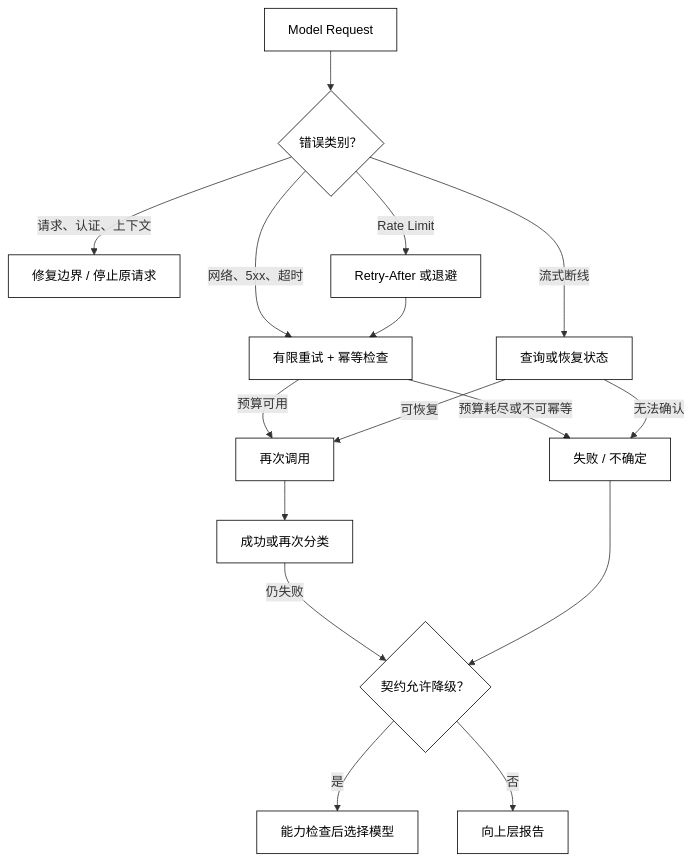
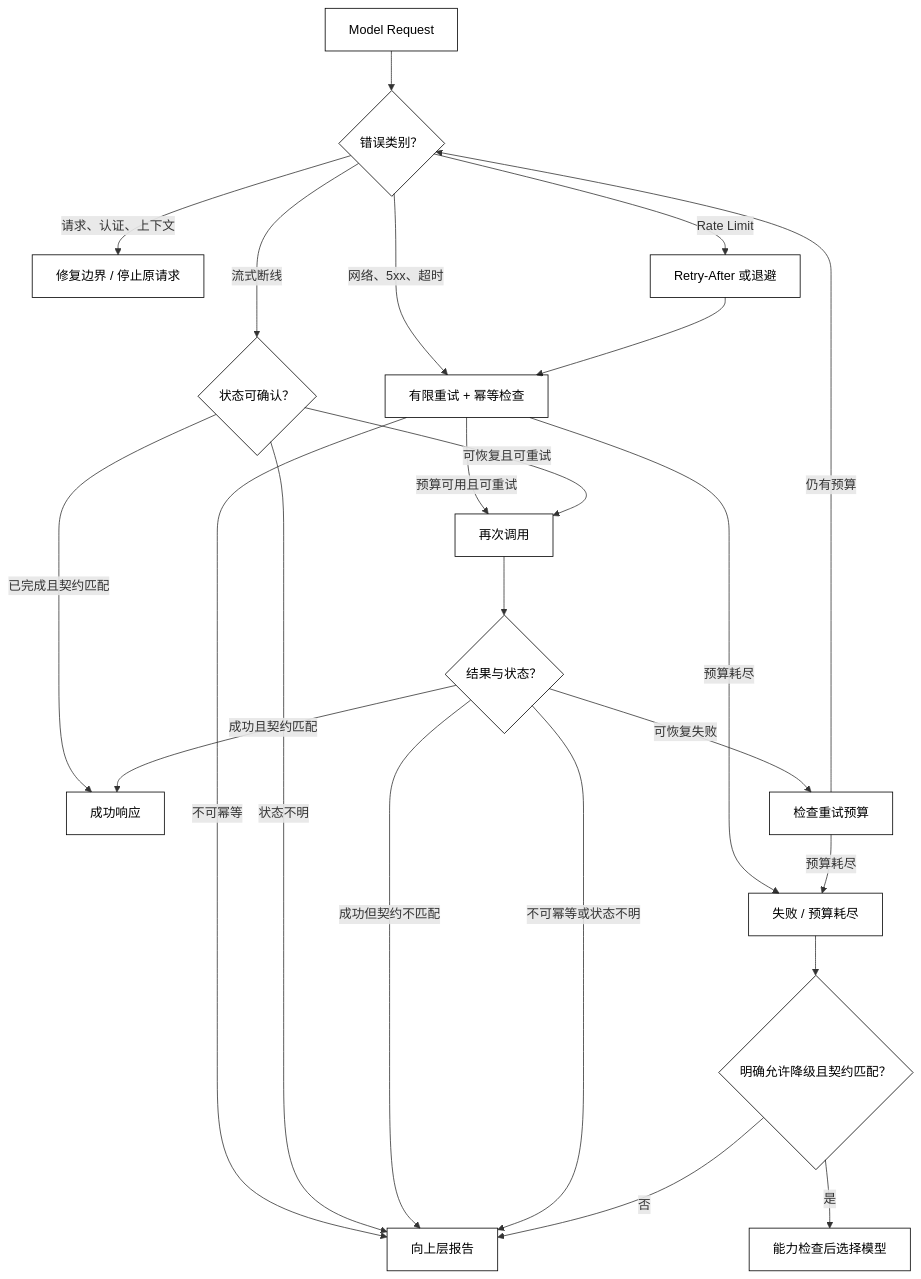
The diagram in docs/courses/agent/03-模型与消息/09-Rate-Limit-超时-重试与模型降级.md (clint-sfy/clintsfy.github.io), drawn with Mermaid before and after one commit. The commit also changed other lines of this file and 7 other files, not shown here.

Commit message:
fix(agent): refine course mermaid boundaries

````diff
--- a/docs/courses/agent/03-模型与消息/09-Rate-Limit-超时-重试与模型降级.md
+++ b/docs/courses/agent/03-模型与消息/09-Rate-Limit-超时-重试与模型降级.md
@@ -24,21 +24,28 @@
 ```mermaid
 flowchart TD
     Request["Model Request"] --> Failure{"错误类别？"}
     Failure -->|请求、认证、上下文| Fix["修复边界 / 停止原请求"]
     Failure -->|Rate Limit| Wait["Retry-After 或退避"]
     Failure -->|网络、5xx、超时| Retry["有限重试 + 幂等检查"]
     Wait --> Retry
-    Retry -->|预算可用| Attempt["再次调用"]
-    Retry -->|预算耗尽或不可幂等| Stop["失败 / 不确定"]
-    Failure -->|流式断线| Confirm["查询或恢复状态"]
-    Confirm -->|无法确认| Stop
-    Confirm -->|可恢复| Attempt
-    Attempt --> Result["成功或再次分类"]
-    Result -->|仍失败| Fallback
-    Stop --> Fallback{"契约允许降级？"}
-    Fallback -->|是| Select["能力检查后选择模型"]
-    Fallback -->|否| Report["向上层报告"]
+    Retry -->|预算可用且可重试| Attempt["再次调用"]
+    Retry -->|预算耗尽| Stop["失败 / 预算耗尽"]
+    Retry -->|不可幂等| Report["向上层报告"]
+    Failure -->|流式断线| Confirm{"状态可确认？"}
+    Confirm -->|已完成且契约匹配| Success["成功响应"]
+    Confirm -->|可恢复且可重试| Attempt
+    Confirm -->|状态不明| Report["向上层报告"]
+    Attempt --> Outcome{"结果与状态？"}
+    Outcome -->|成功且契约匹配| Success
+    Outcome -->|成功但契约不匹配| Report
+    Outcome -->|可恢复失败| RetryBudget["检查重试预算"]
+    RetryBudget -->|仍有预算| Failure
+    RetryBudget -->|预算耗尽| Stop
+    Outcome -->|不可幂等或状态不明| Report
+    Stop --> FallbackGate{"明确允许降级且契约匹配？"}
+    FallbackGate -->|是| Select["能力检查后选择模型"]
+    FallbackGate -->|否| Report["向上层报告"]
 
     classDef core fill:transparent,stroke:currentColor,color:currentColor,stroke-width:1px;
-    class Request,Failure,Fix,Wait,Retry,Attempt,Stop,Confirm,Result,Fallback,Select,Report core;
+    class Request,Failure,Fix,Wait,Retry,Attempt,Stop,Confirm,Success,Report,Outcome,RetryBudget,FallbackGate,Select core;
 ```
````
